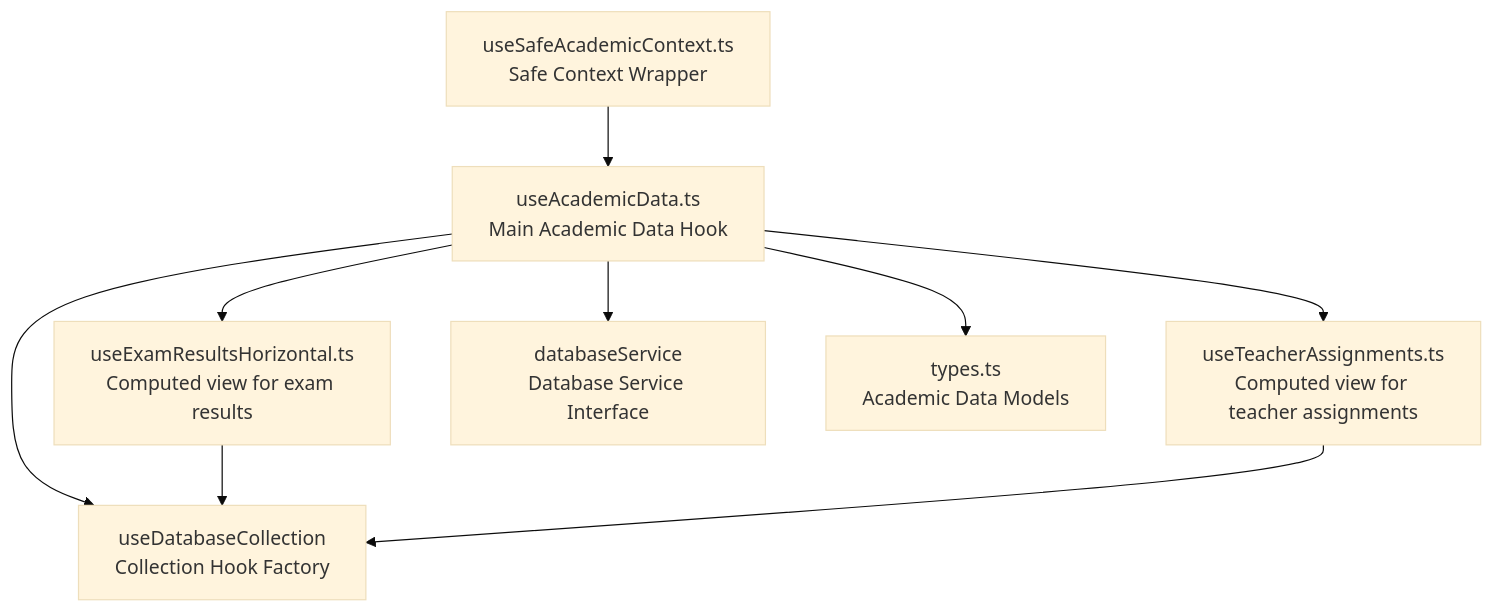
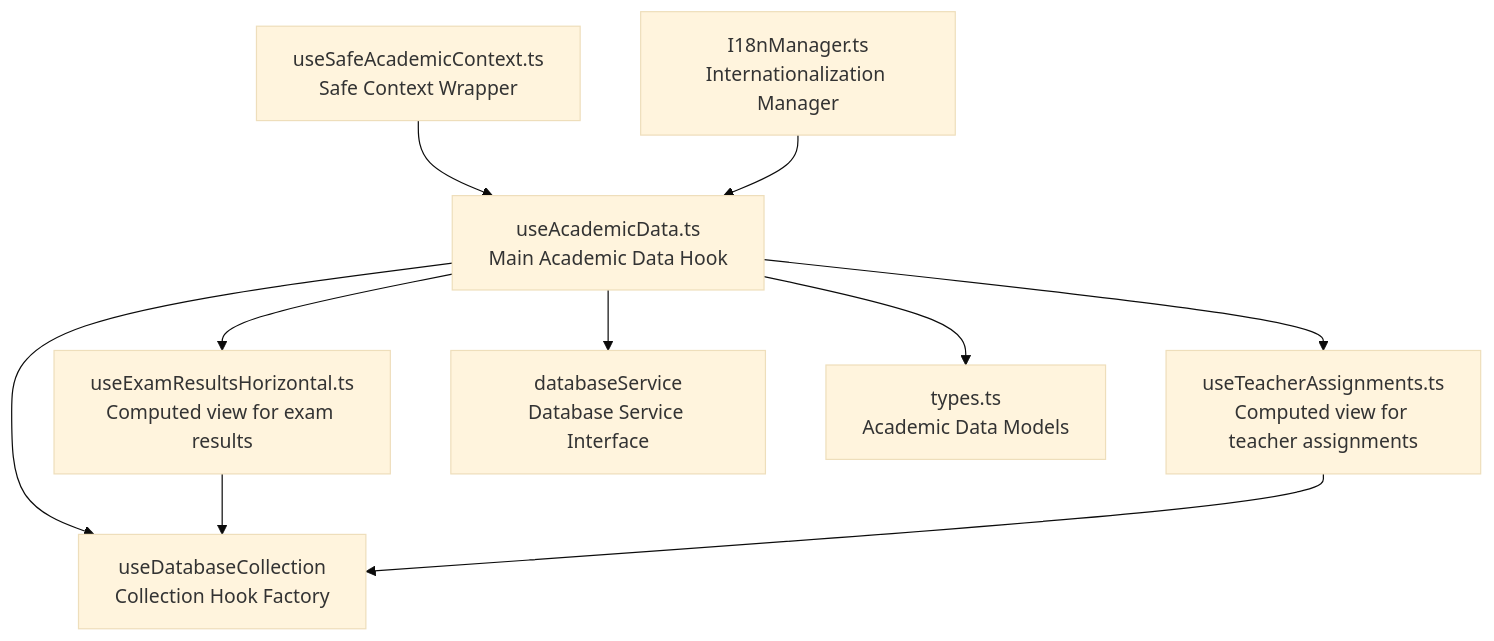
The seventh of 9 diagrams in .qoder/repowiki/en/content/Modules System/Academics Module.md (geniusdynamics/schoolpilot), drawn with Mermaid (base theme) before and after one commit. The commit also changed other lines of this file and 16 other files, not shown here.

````diff
--- a/.qoder/repowiki/en/content/Modules System/Academics Module.md
+++ b/.qoder/repowiki/en/content/Modules System/Academics Module.md
@@ -269,18 +380,20 @@
 ```mermaid
 graph TB
 DATA["useAcademicData.ts<br/>Main Academic Data Hook"]
 CVH["useExamResultsHorizontal.ts<br/>Computed view for exam results"]
 CTA["useTeacherAssignments.ts<br/>Computed view for teacher assignments"]
 DB["databaseService<br/>Database Service Interface"]
 COL["useDatabaseCollection<br/>Collection Hook Factory"]
 TYPES["types.ts<br/>Academic Data Models"]
 SAFE["useSafeAcademicContext.ts<br/>Safe Context Wrapper"]
+I18N["I18nManager.ts<br/>Internationalization Manager"]
 DATA --> DB
 DATA --> COL
 DATA --> CVH
 DATA --> CTA
 DATA --> TYPES
 SAFE --> DATA
 CVH --> COL
 CTA --> COL
+I18N --> DATA
 ```
````
